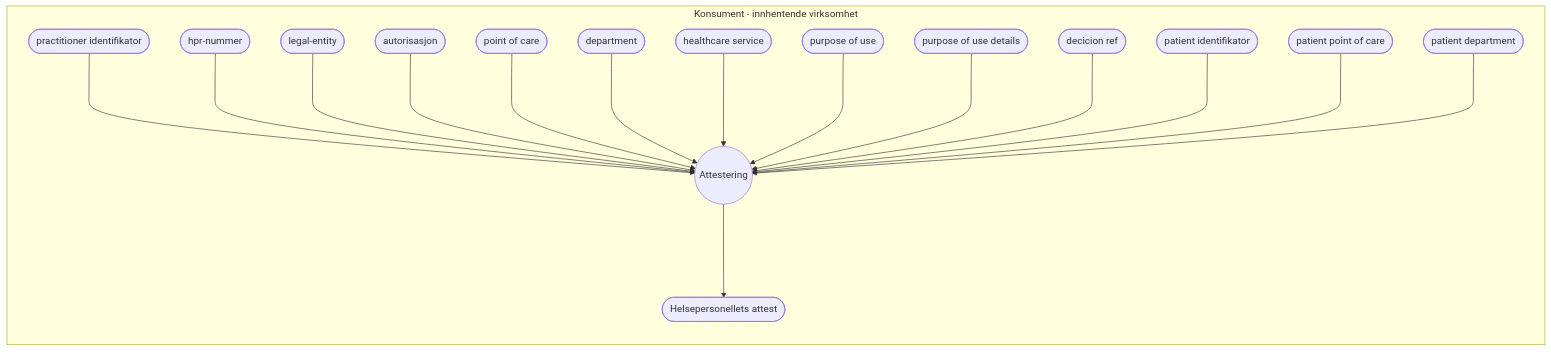
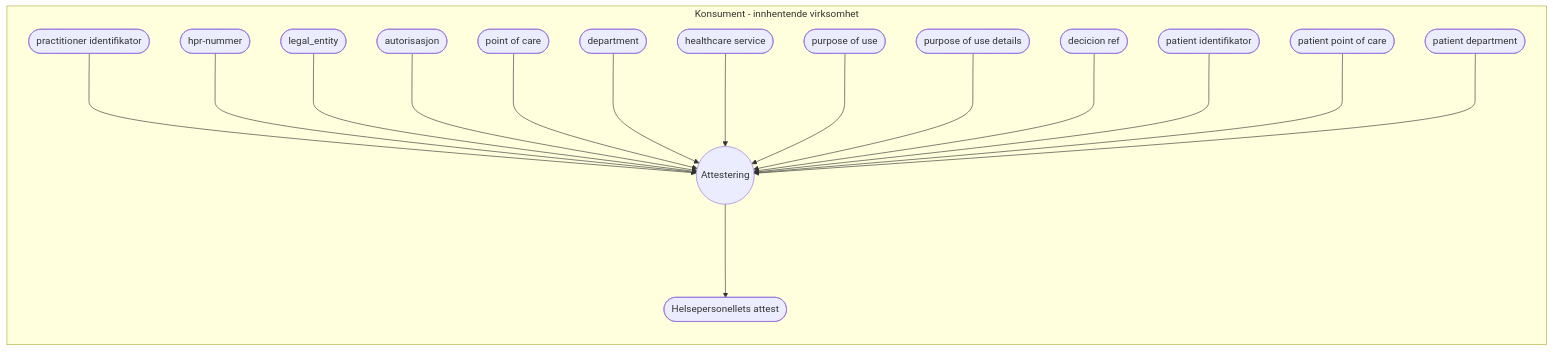
The third of 3 diagrams in specs/informasjons_og_datamodell.md (NorskHelsenett/Tillitsrammeverk), drawn with Mermaid before and after one commit. The commit also changed other lines of this file and 1 other file, not shown here.

````diff
--- a/specs/informasjons_og_datamodell.md
+++ b/specs/informasjons_og_datamodell.md
@@ -298,40 +298,40 @@
 ```mermaid
 
 flowchart TB
 subgraph Konsument - innhentende virksomhet
 	direction LR
 		pid([practitioner identifikator])
 		hprid([hpr-nummer])		
-		legalEntity([legal-entity])
+		legalEntity([legal_entity])
 		authorization([autorisasjon])
 		poc([point of care])
 		department([department])
 		hcs([healthcare service])
 		pou([purpose of use])
 		poud([purpose of use details])
 		dec([decicion ref])
 		pat_id([patient identifikator])
 		pat_poc([patient point of care])
 		pat_dep([patient department])
 	direction TB
 		consumer_attestation((Attestering))
 		hp_attest([Helsepersonellets attest])
 	
 	pid--->consumer_attestation
 	hprid--->consumer_attestation
 	legalEntity--->consumer_attestation
 	authorization--->consumer_attestation
 	poc--->consumer_attestation
 	department--->consumer_attestation
 	hcs--->consumer_attestation
 	pou--->consumer_attestation
 	poud--->consumer_attestation
 	dec--->consumer_attestation
 	pat_id--->consumer_attestation
 	pat_poc--->consumer_attestation
 	pat_dep--->consumer_attestation
 
 	consumer_attestation--->hp_attest
 
 end
 ```
````
